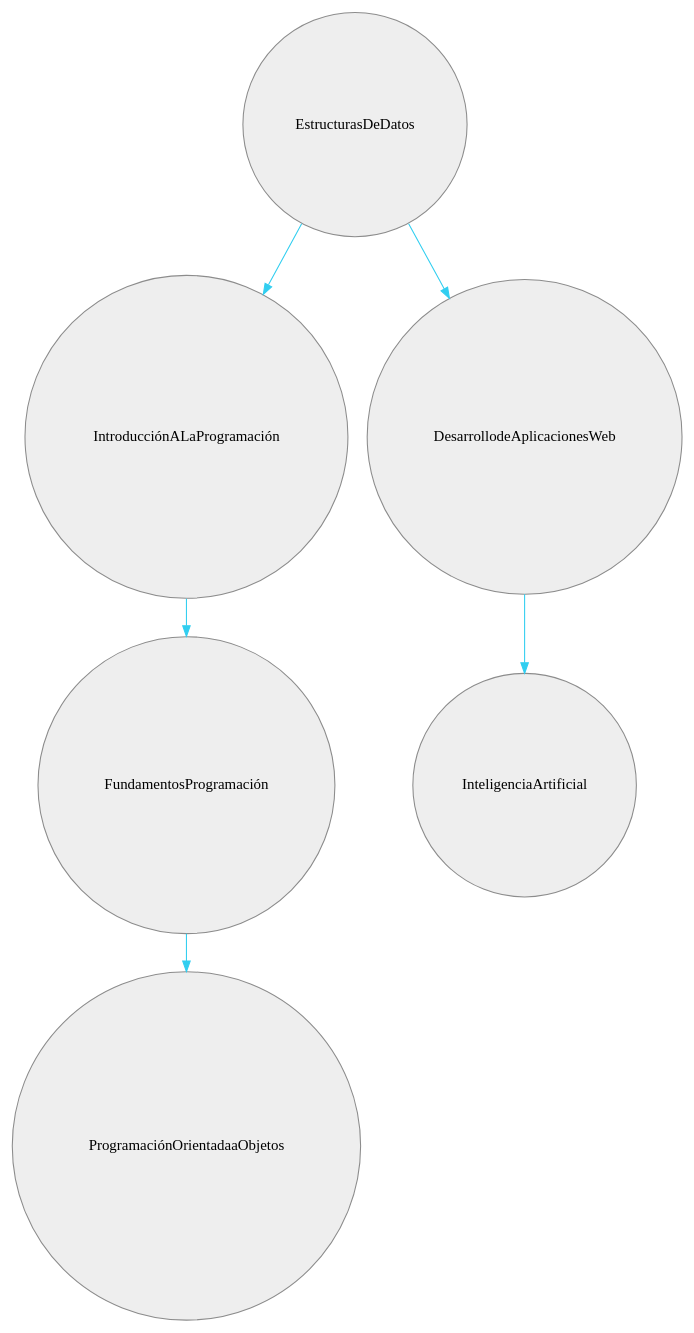
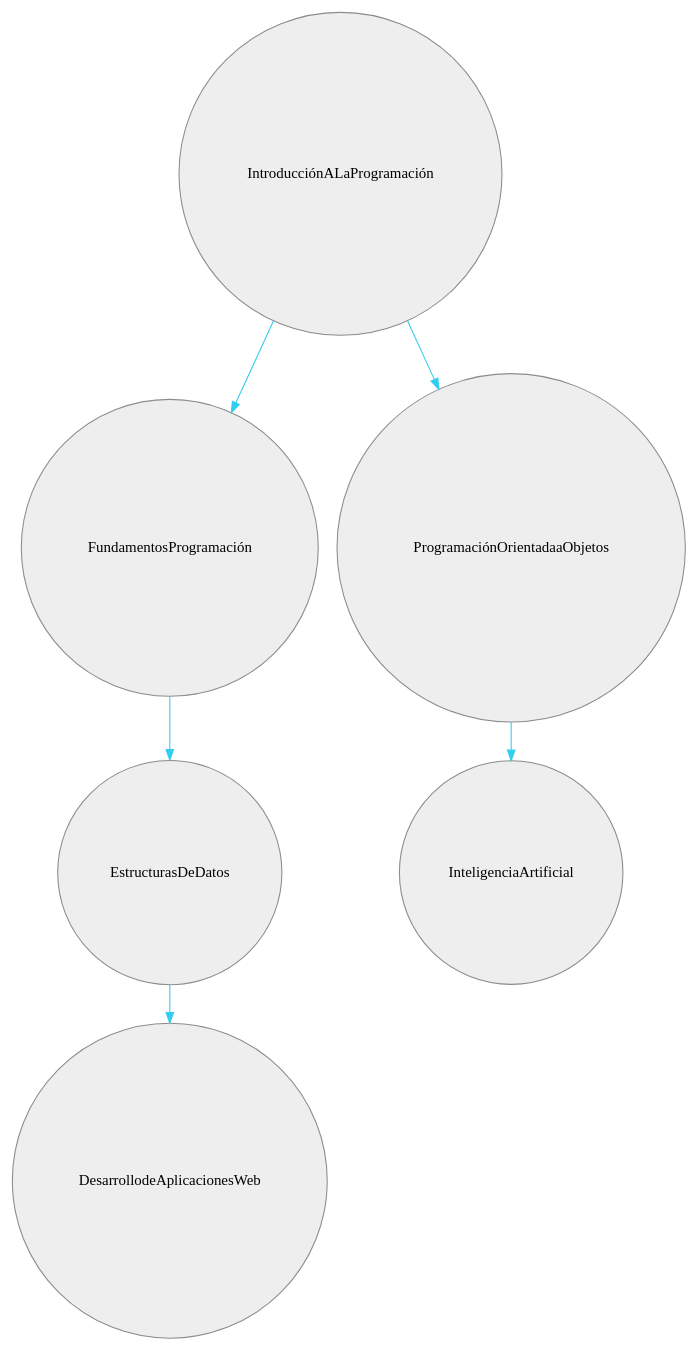
Before and after one commit to Maxel-UP1/ProyectoApredizajePrimerCorte: the diagram in src/main/java/persistence/graphProgram.dot, drawn with Graphviz. The commit also changed 5 other files, not shown here.

```diff
--- a/src/main/java/persistence/graphProgram.dot
+++ b/src/main/java/persistence/graphProgram.dot
@@ -1,13 +1,13 @@
 digraph G {
 node [shape=circle];
 node [style=filled];
 node [fillcolor="#EEEEEE"];
 node [color="#8C8C8C"];
 edge [color="#31CEF0"];
-EstructurasDeDatos -> IntroducciónALaProgramación -> FundamentosProgramación -> ProgramaciónOrientadaaObjetos
+IntroducciónALaProgramación -> FundamentosProgramación -> EstructurasDeDatos -> DesarrollodeAplicacionesWeb
 
 
-EstructurasDeDatos -> DesarrollodeAplicacionesWeb -> InteligenciaArtificial
+IntroducciónALaProgramación -> ProgramaciónOrientadaaObjetos -> InteligenciaArtificial
 
 
 }
```
